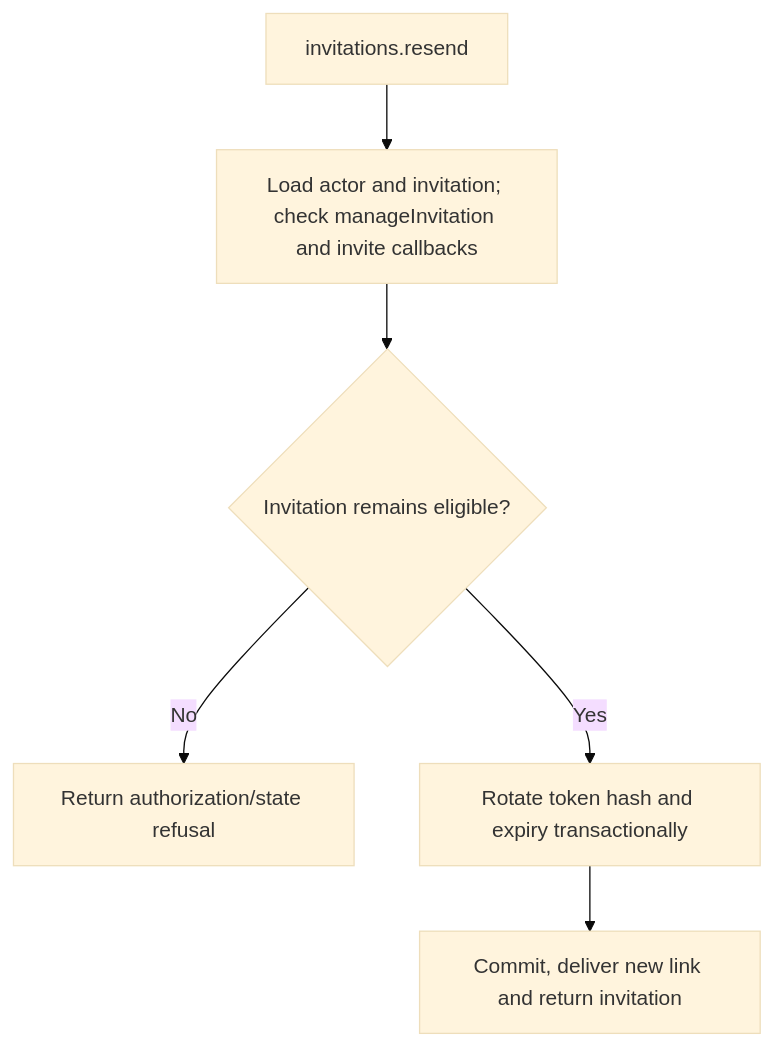
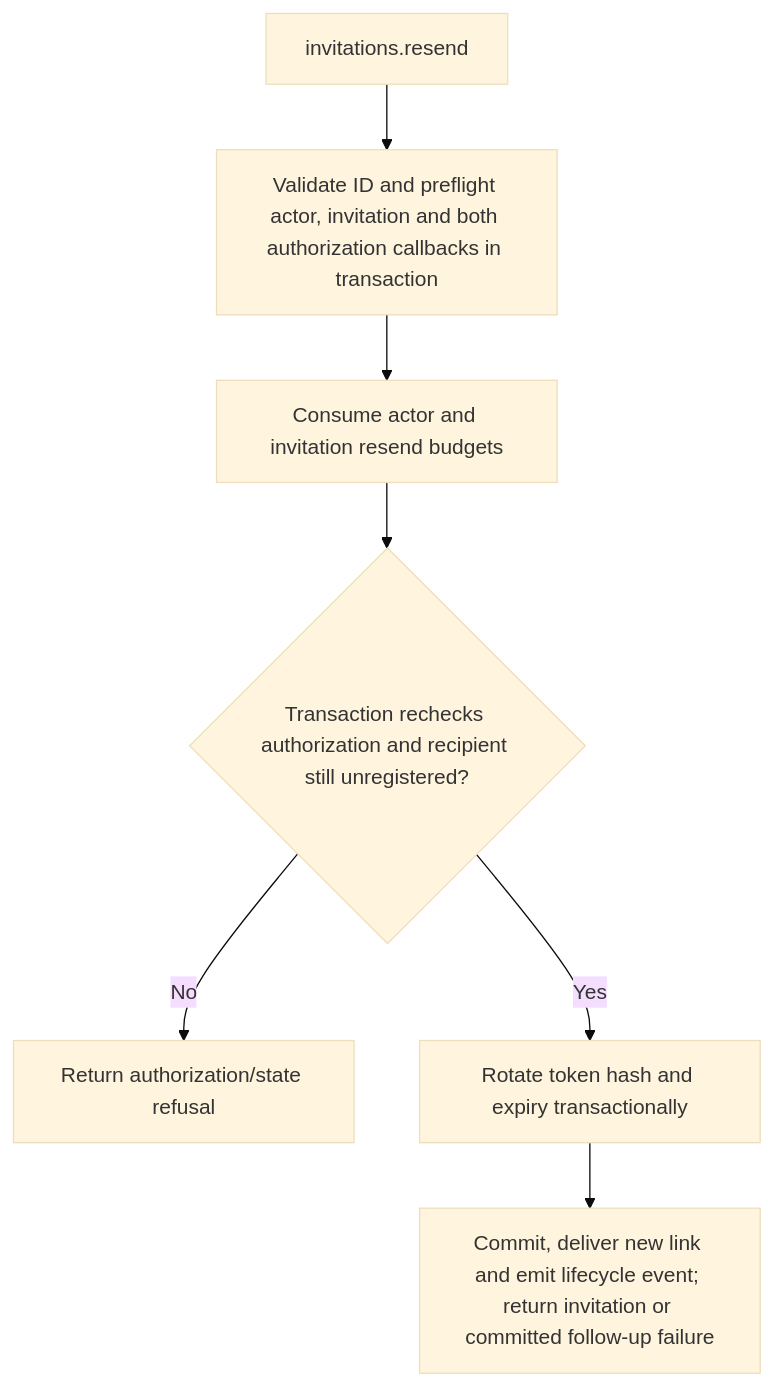
Before and after one commit to Kevinjohn/oss-adonisjs-account-kit: the second of 2 diagrams in user-stories/US-ACCOUNT-11-resend-invitation.md, drawn with Mermaid (base theme). The commit also changed 43 other files, not shown here.

````diff
--- a/user-stories/US-ACCOUNT-11-resend-invitation.md
+++ b/user-stories/US-ACCOUNT-11-resend-invitation.md
@@ -29,8 +29,9 @@
 ```mermaid
 flowchart TD
- A["invitations.resend"] --> B["Load actor and invitation; check manageInvitation and invite callbacks"]
- B --> C{"Invitation remains eligible?"}
+ A["invitations.resend"] --> B["Validate ID and preflight actor, invitation and both authorization callbacks in transaction"]
+ B --> T["Consume actor and invitation resend budgets"]
+ T --> C{"Transaction rechecks authorization and recipient still unregistered?"}
  C -->|No| D["Return authorization/state refusal"]
  C -->|Yes| E["Rotate token hash and expiry transactionally"]
- E --> F["Commit, deliver new link and return invitation"]
+ E --> F["Commit, deliver new link and emit lifecycle event; return invitation or committed follow-up failure"]
 ```
````
